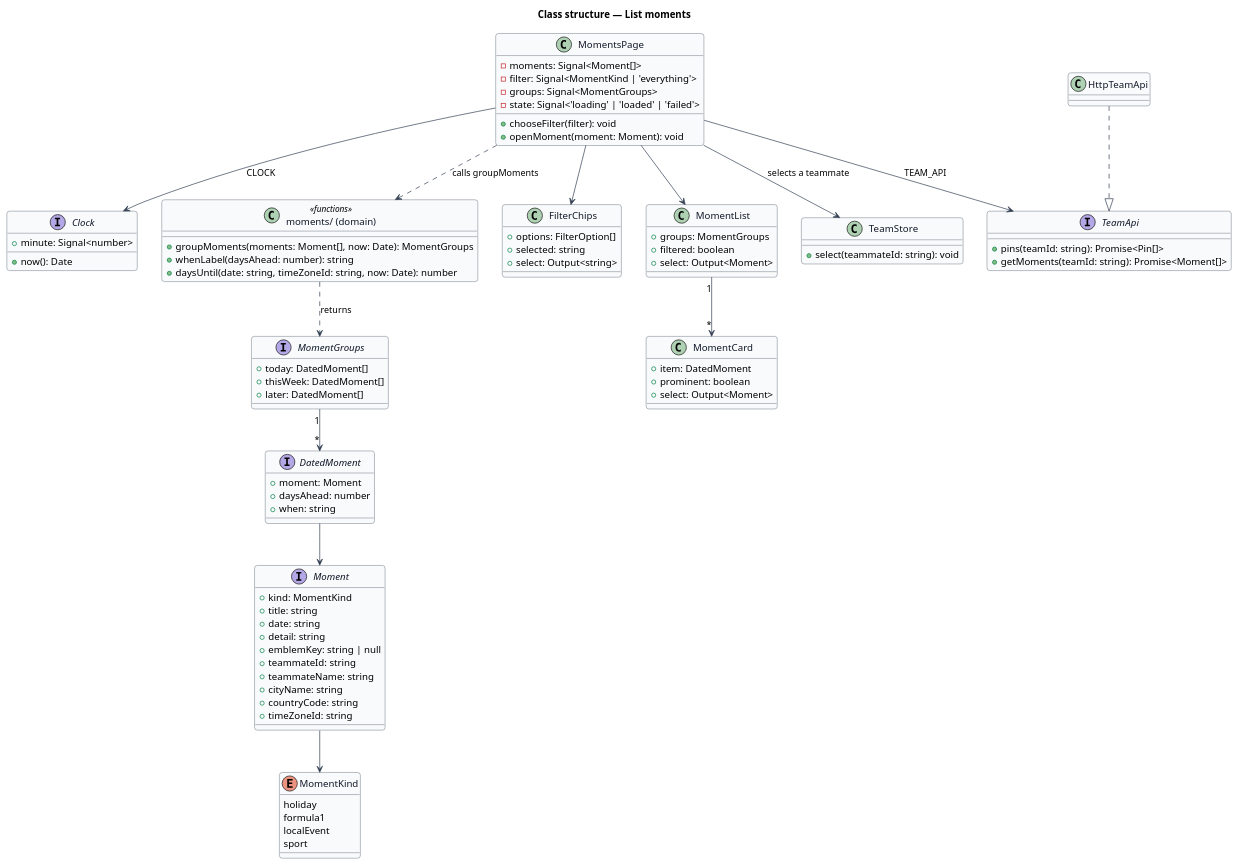
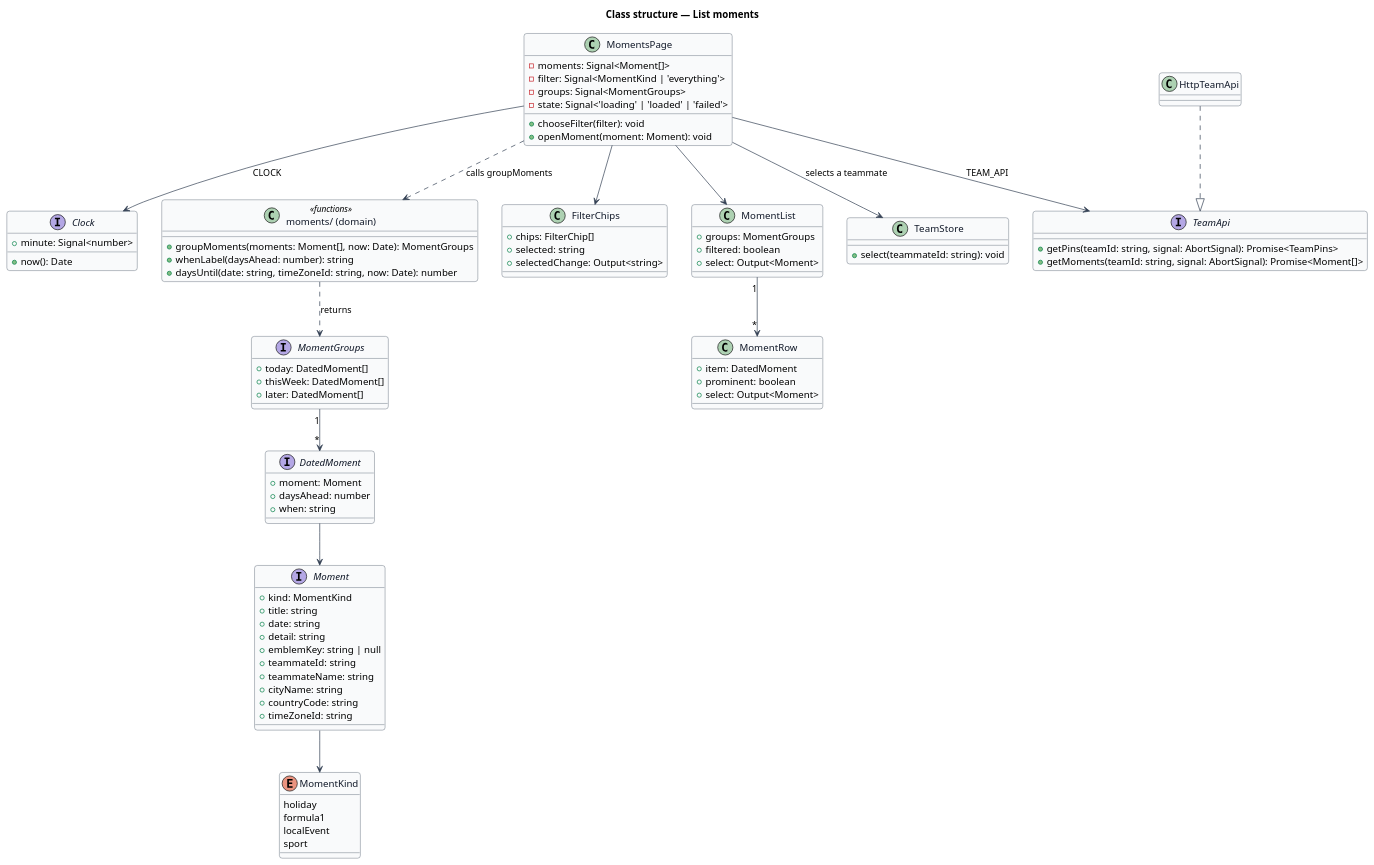
Before and after one commit to QuinntyneBrown/Mondino: the diagram in docs/detailed-designs/moments/list-moments/diagrams/class-structure.puml, drawn with PlantUML. The commit also changed 21 other files, not shown here.

```diff
--- a/docs/detailed-designs/moments/list-moments/diagrams/class-structure.puml
+++ b/docs/detailed-designs/moments/list-moments/diagrams/class-structure.puml
@@ -1,109 +1,109 @@
 @startuml
 ' --- shared skin header ---
 skinparam backgroundColor #FFFFFF
 skinparam shadowing false
 skinparam roundcorner 8
 skinparam defaultFontName Arial
 skinparam ArrowColor #344054
 skinparam class {
   BorderColor #344054
   FontColor #101828
   BackgroundColor #F9FAFB
 }
 ' --------------------------
 title Class structure — List moments
 
 enum MomentKind {
   holiday
   formula1
   localEvent
   sport
 }
 
 interface Moment {
   +kind: MomentKind
   +title: string
   +date: string
   +detail: string
   +emblemKey: string | null
   +teammateId: string
   +teammateName: string
   +cityName: string
   +countryCode: string
   +timeZoneId: string
 }
 
 interface TeamApi {
-  +pins(teamId: string): Promise<Pin[]>
-  +getMoments(teamId: string): Promise<Moment[]>
+  +getPins(teamId: string, signal: AbortSignal): Promise<TeamPins>
+  +getMoments(teamId: string, signal: AbortSignal): Promise<Moment[]>
 }
 
 class HttpTeamApi
 
 interface Clock {
   +now(): Date
   +minute: Signal<number>
 }
 
 interface DatedMoment {
   +moment: Moment
   +daysAhead: number
   +when: string
 }
 
 interface MomentGroups {
   +today: DatedMoment[]
   +thisWeek: DatedMoment[]
   +later: DatedMoment[]
 }
 
 class "moments/ (domain)" as moments <<functions>> {
   +groupMoments(moments: Moment[], now: Date): MomentGroups
   +whenLabel(daysAhead: number): string
   +daysUntil(date: string, timeZoneId: string, now: Date): number
 }
 
 class MomentsPage {
   -moments: Signal<Moment[]>
   -filter: Signal<MomentKind | 'everything'>
   -groups: Signal<MomentGroups>
   -state: Signal<'loading' | 'loaded' | 'failed'>
   +chooseFilter(filter): void
   +openMoment(moment: Moment): void
 }
 
 class FilterChips {
-  +options: FilterOption[]
+  +chips: FilterChip[]
   +selected: string
-  +select: Output<string>
+  +selectedChange: Output<string>
 }
 
 class MomentList {
   +groups: MomentGroups
   +filtered: boolean
   +select: Output<Moment>
 }
 
-class MomentCard {
+class MomentRow {
   +item: DatedMoment
   +prominent: boolean
   +select: Output<Moment>
 }
 
 class TeamStore {
   +select(teammateId: string): void
 }
 
 HttpTeamApi ..|> TeamApi
 MomentsPage --> TeamApi : TEAM_API
 MomentsPage --> Clock : CLOCK
 MomentsPage ..> moments : calls groupMoments
 MomentsPage --> FilterChips
 MomentsPage --> MomentList
 MomentsPage --> TeamStore : selects a teammate
-MomentList "1" --> "*" MomentCard
+MomentList "1" --> "*" MomentRow
 moments ..> MomentGroups : returns
 MomentGroups "1" --> "*" DatedMoment
 DatedMoment --> Moment
 Moment --> MomentKind
 @enduml
```
